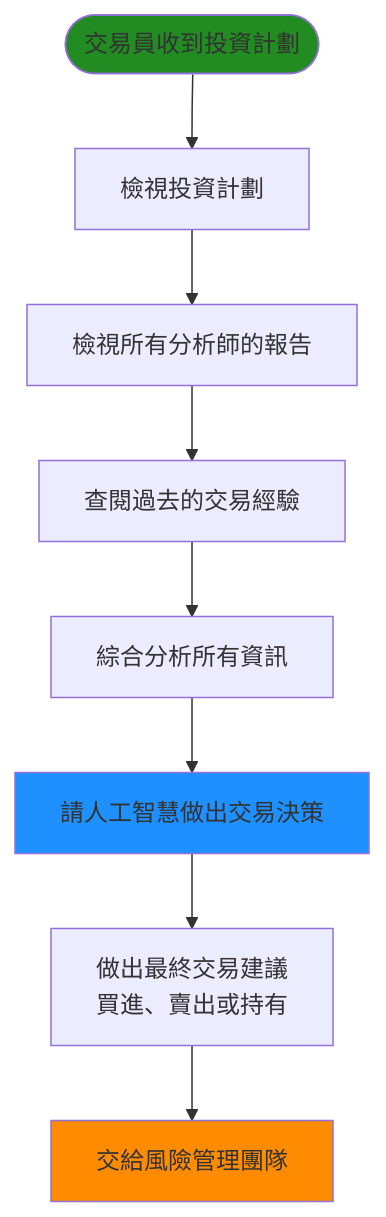
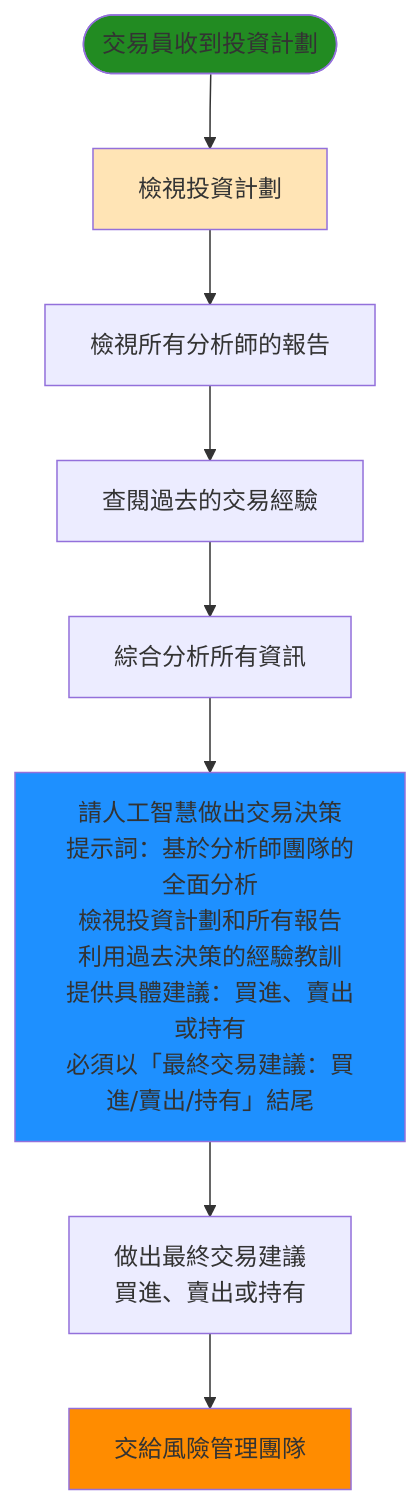
One commit to chitienshih-wq/Git_Test changed the seventh of 9 diagrams in 流程圖_簡化.md. Above: the diagram before and after it, drawn with Mermaid. The commit also changed other lines of this file, not shown here.

````diff
--- a/流程圖_簡化.md
+++ b/流程圖_簡化.md
@@ -182,14 +192,15 @@
 ```mermaid
 flowchart TD
     Start([交易員收到投資計劃]) --> ReviewPlan[檢視投資計劃]
     ReviewPlan --> ReviewReports[檢視所有分析師的報告]
     ReviewReports --> CheckMemory[查閱過去的交易經驗]
     CheckMemory --> Analyze[綜合分析所有資訊]
-    Analyze --> AskAI[請人工智慧做出交易決策]
+    Analyze --> AskAI[請人工智慧做出交易決策<br/>提示詞：基於分析師團隊的全面分析<br/>檢視投資計劃和所有報告<br/>利用過去決策的經驗教訓<br/>提供具體建議：買進、賣出或持有<br/>必須以「最終交易建議：買進/賣出/持有」結尾]
     AskAI --> MakeDecision[做出最終交易建議<br/>買進、賣出或持有]
     MakeDecision --> RiskTeam[交給風險管理團隊]
     
     style Start fill:#228B22
     style AskAI fill:#1E90FF
     style RiskTeam fill:#FF8C00
+    style ReviewPlan fill:#FFE4B5
 ```
````
